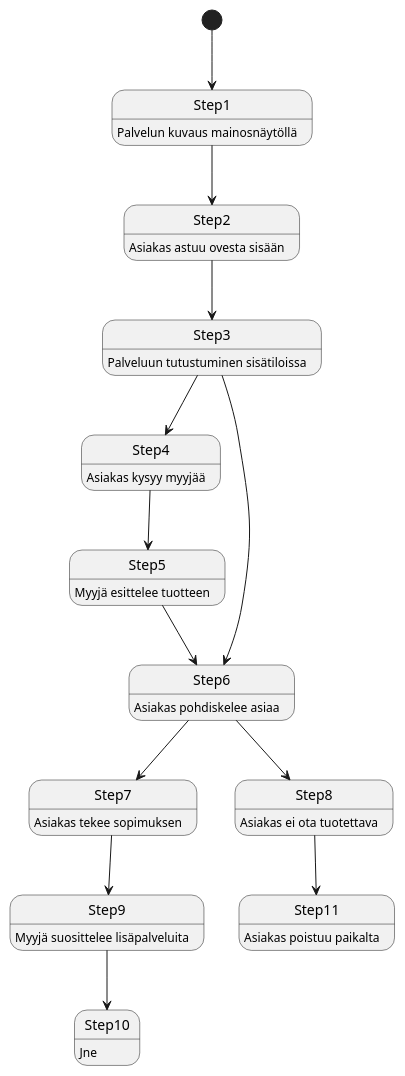
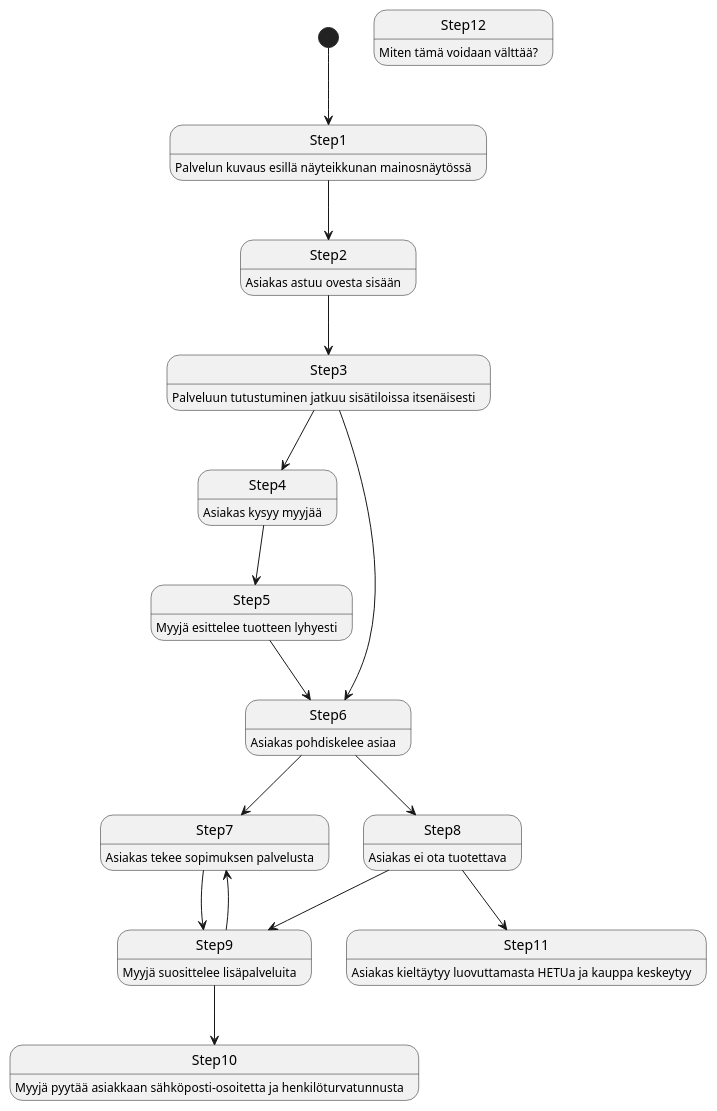
The second of 6 diagrams in dokumentit/20-Vaatimustenhallinta/vaatimusmaaritely-tiivis.md (ninaleo/ransut-core), drawn with PlantUML before and after one commit. The commit also changed other lines of this file, not shown here.

Commit message:
Muutos polkuun

````diff
--- a/dokumentit/20-Vaatimustenhallinta/vaatimusmaaritely-tiivis.md
+++ b/dokumentit/20-Vaatimustenhallinta/vaatimusmaaritely-tiivis.md
@@ -87,26 +95,29 @@
 ```plantuml
-Step1: Palvelun kuvaus mainosnäytöllä 
+Step1: Palvelun kuvaus esillä näyteikkunan mainosnäytössä 
 Step2: Asiakas astuu ovesta sisään 
-Step3: Palveluun tutustuminen sisätiloissa
+Step3: Palveluun tutustuminen jatkuu sisätiloissa itsenäisesti
 Step4: Asiakas kysyy myyjää
-Step5: Myyjä esittelee tuotteen
+Step5: Myyjä esittelee tuotteen lyhyesti
 Step6: Asiakas pohdiskelee asiaa
-Step7: Asiakas tekee sopimuksen
+Step7: Asiakas tekee sopimuksen palvelusta
 Step8: Asiakas ei ota tuotettava
 Step9: Myyjä suosittelee lisäpalveluita
-Step10: Jne
-Step11: Asiakas poistuu paikalta
+Step10: Myyjä pyytää asiakkaan sähköposti-osoitetta ja henkilöturvatunnusta
+Step11: Asiakas kieltäytyy luovuttamasta HETUa ja kauppa keskeytyy
+Step12: Miten tämä voidaan välttää?
 
 [*] --> Step1
 Step1 --> Step2
 Step2 --> Step3
 Step3 --> Step6
 Step3 --> Step4
 Step4 --> Step5
 Step5 --> Step6
 Step6 --> Step7
 Step6 --> Step8
 Step8 --> Step11
+Step8 --> Step9
+Step9 --> Step7 
 Step7 --> Step9
 Step9 --> Step10
 ```
````
